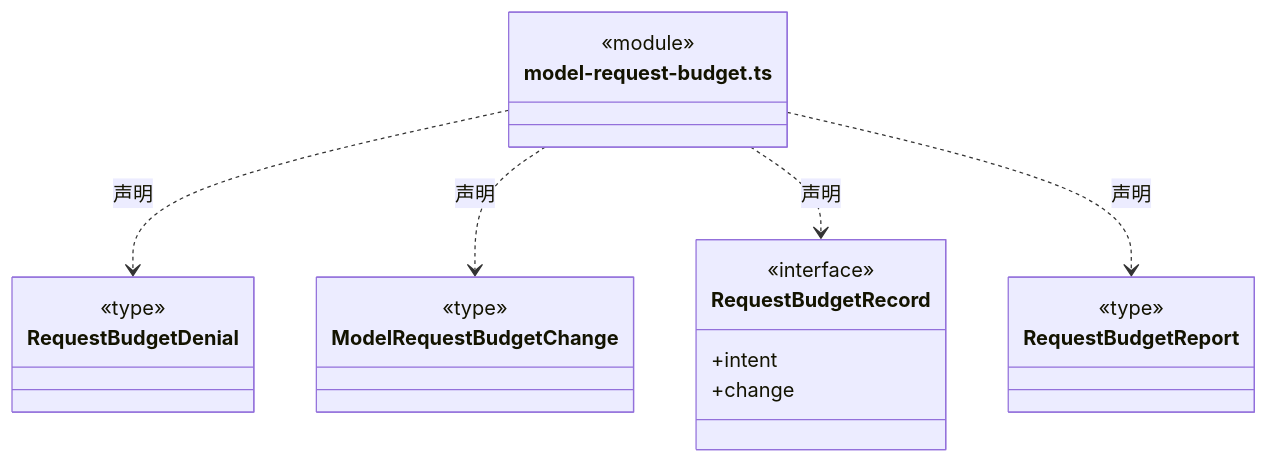
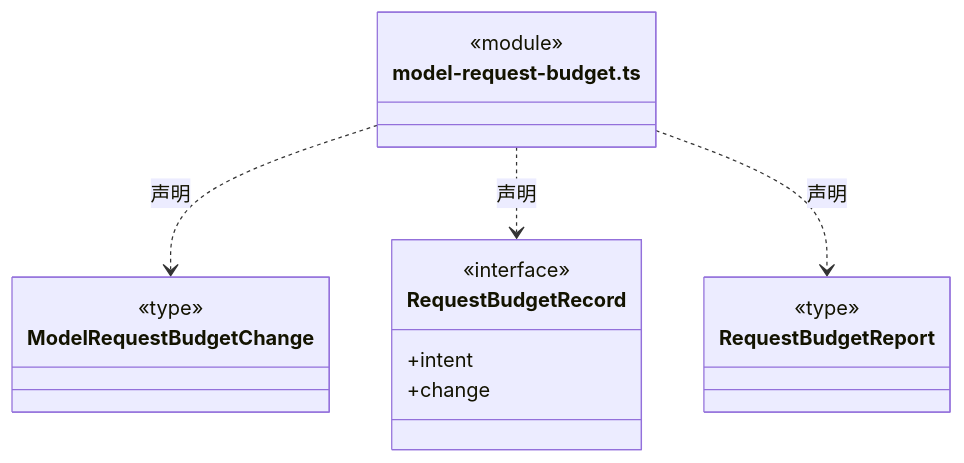
Before and after one commit to nan023062/cbim: the seventh of 19 diagrams in src/logic/budget/rules/ARCHITECTURE.md, drawn with Mermaid. The commit also changed other lines of this file and 25 other files, not shown here.

````diff
--- a/src/logic/budget/rules/ARCHITECTURE.md
+++ b/src/logic/budget/rules/ARCHITECTURE.md
@@ -134,27 +163,22 @@
 ```mermaid
 classDiagram
 class N_src_logic_budget_rules_model_request_budget_ts["model-request-budget.ts"] {
   <<module>>
 }
-class N_src_logic_budget_rules_model_request_budget_ts_RequestBudgetDenial["RequestBudgetDenial"] {
-  <<type>>
-
-}
-N_src_logic_budget_rules_model_request_budget_ts ..> N_src_logic_budget_rules_model_request_budget_ts_RequestBudgetDenial : 声明
 class N_src_logic_budget_rules_model_request_budget_ts_ModelRequestBudgetChange["ModelRequestBudgetChange"] {
   <<type>>
 
 }
 N_src_logic_budget_rules_model_request_budget_ts ..> N_src_logic_budget_rules_model_request_budget_ts_ModelRequestBudgetChange : 声明
 class N_src_logic_budget_rules_model_request_budget_ts_RequestBudgetRecord["RequestBudgetRecord"] {
   <<interface>>
   +intent
   +change
 }
 N_src_logic_budget_rules_model_request_budget_ts ..> N_src_logic_budget_rules_model_request_budget_ts_RequestBudgetRecord : 声明
 class N_src_logic_budget_rules_model_request_budget_ts_RequestBudgetReport["RequestBudgetReport"] {
   <<type>>
 
 }
 N_src_logic_budget_rules_model_request_budget_ts ..> N_src_logic_budget_rules_model_request_budget_ts_RequestBudgetReport : 声明
 ```
````
